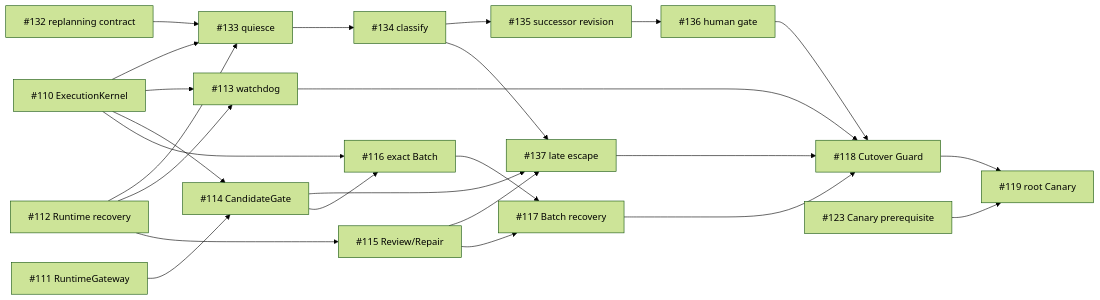
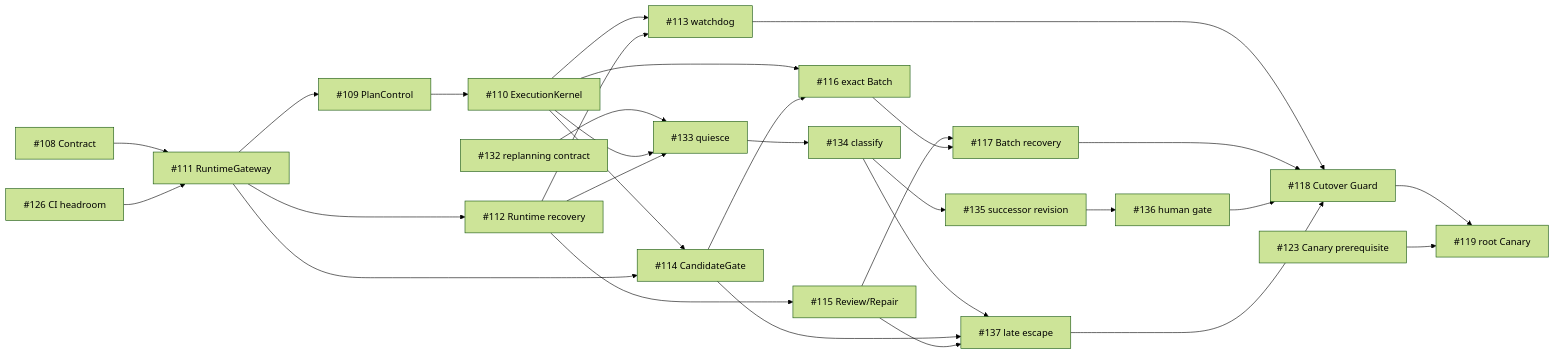
The diagram in docs/releases/gwo-v8-release-train.md (NOirBRight/github-work-orchestrator), drawn with Mermaid (forest theme) before and after one commit. The commit also changed other lines of this file and 3 other files, not shown here.

````diff
--- a/docs/releases/gwo-v8-release-train.md
+++ b/docs/releases/gwo-v8-release-train.md
@@ -78,28 +81,34 @@
 ```mermaid
 flowchart LR
+    T108["#108 Contract"] --> T111["#111 RuntimeGateway"]
+    T126["#126 CI headroom"] --> T111
+    T111 --> T109["#109 PlanControl"]
+    T109 --> T110["#110 ExecutionKernel"]
+    T111 --> T112["#112 Runtime recovery"]
+
     T132["#132 replanning contract"] --> T133["#133 quiesce"]
     T110["#110 ExecutionKernel"] --> T133
     T112["#112 Runtime recovery"] --> T133
     T133 --> T134["#134 classify"]
     T134 --> T135["#135 successor revision"]
     T135 --> T136["#136 human gate"]
     T134 --> T137["#137 late escape"]
     T114["#114 CandidateGate"] --> T137
     T115["#115 Review/Repair"] --> T137
 
     T110 --> T113["#113 watchdog"]
     T112 --> T113
     T110 --> T114
-    T111["#111 RuntimeGateway"] --> T114
+    T111 --> T114
     T112 --> T115
     T110 --> T116["#116 exact Batch"]
     T114 --> T116
     T115 --> T117["#117 Batch recovery"]
     T116 --> T117
     T113 --> T118["#118 Cutover Guard"]
     T117 --> T118
     T136 --> T118
     T137 --> T118
     T118 --> T119["#119 root Canary"]
     T123["#123 Canary prerequisite"] --> T119
 ```
````
